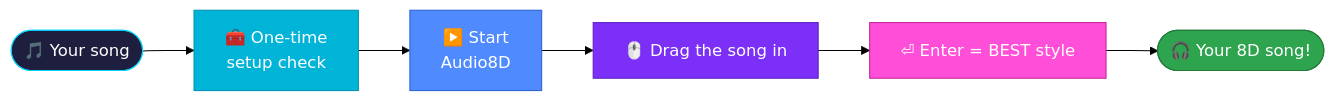
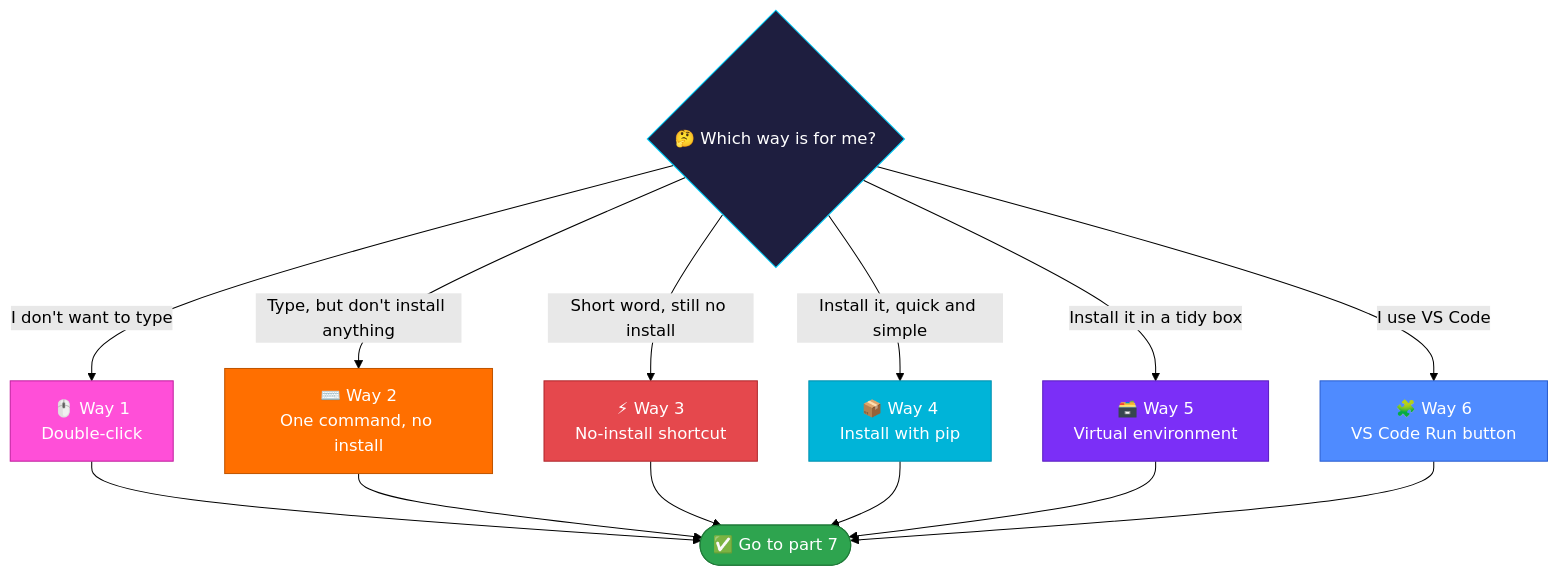
Before and after one commit to gcfernando/python_codes: the second of 5 diagrams in 8D/README.md, drawn with Mermaid (forest theme). The commit also changed other lines of this file and 35 other files, not shown here.

````diff
--- a/8D/README.md
+++ b/8D/README.md
@@ -218,15 +382,25 @@
 ```mermaid
-flowchart LR
-    A(["🎵 Your song"]):::a --> B["🧰 One-time<br/>setup check"]:::b
-    B --> C["▶️ Start<br/>Audio8D"]:::c
-    C --> D["🖱️ Drag the song in"]:::d
-    D --> E["⏎ Enter = BEST style"]:::e
-    E --> F(["🎧 Your 8D song!"]):::f
+flowchart TD
+    Q{"🤔 Which way is for me?"}:::q
+    Q -- "I don't want to type" --> W1["🖱️ Way 1<br/>Double-click"]:::a
+    Q -- "Type, but don't install anything" --> W2["⌨️ Way 2<br/>One command, no install"]:::b
+    Q -- "Short word, still no install" --> W3["⚡ Way 3<br/>No-install shortcut"]:::c
+    Q -- "Install it, quick and simple" --> W4["📦 Way 4<br/>Install with pip"]:::d
+    Q -- "Install it in a tidy box" --> W5["🗃️ Way 5<br/>Virtual environment"]:::e
+    Q -- "I use VS Code" --> W6["🧩 Way 6<br/>VS Code Run button"]:::f
+    W1 --> OK(["✅ Go to part 7"]):::ok
+    W2 --> OK
+    W3 --> OK
+    W4 --> OK
+    W5 --> OK
+    W6 --> OK
 
-    classDef a fill:#1e1e3f,stroke:#00d4ff,color:#fff
-    classDef b fill:#00b4d8,stroke:#0090b0,color:#fff
-    classDef c fill:#4f8bff,stroke:#2a5fd0,color:#fff
-    classDef d fill:#7b2ff7,stroke:#5a1fc0,color:#fff
-    classDef e fill:#ff4fd8,stroke:#c0209f,color:#fff
-    classDef f fill:#2ea44f,stroke:#1f7a38,color:#fff
+    classDef q fill:#1e1e3f,stroke:#00d4ff,color:#fff
+    classDef a fill:#ff4fd8,stroke:#c0209f,color:#fff
+    classDef b fill:#ff6f00,stroke:#c05500,color:#fff
+    classDef c fill:#e5484d,stroke:#b0282d,color:#fff
+    classDef d fill:#00b4d8,stroke:#0090b0,color:#fff
+    classDef e fill:#7b2ff7,stroke:#5a1fc0,color:#fff
+    classDef f fill:#4f8bff,stroke:#2a5fd0,color:#fff
+    classDef ok fill:#2ea44f,stroke:#1f7a38,color:#fff
 ```
````
